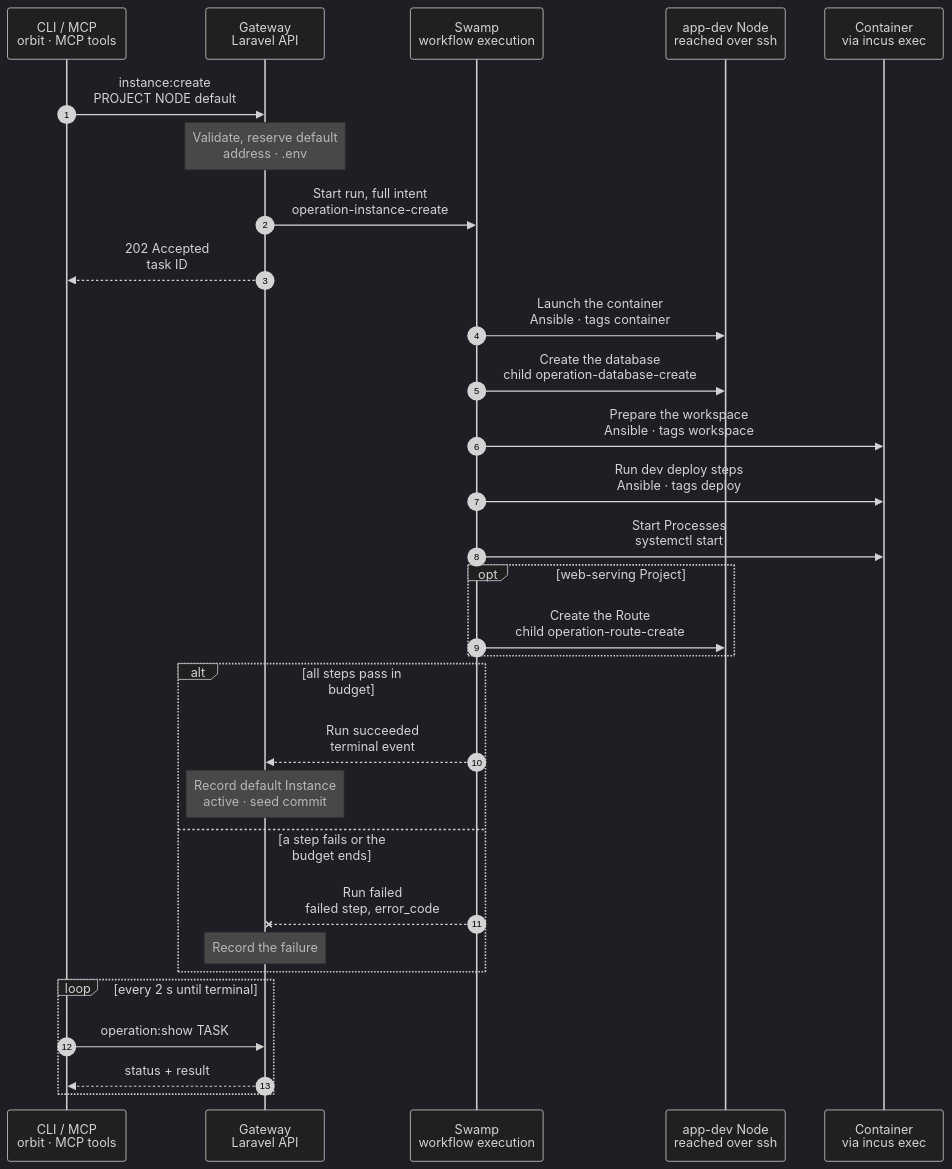
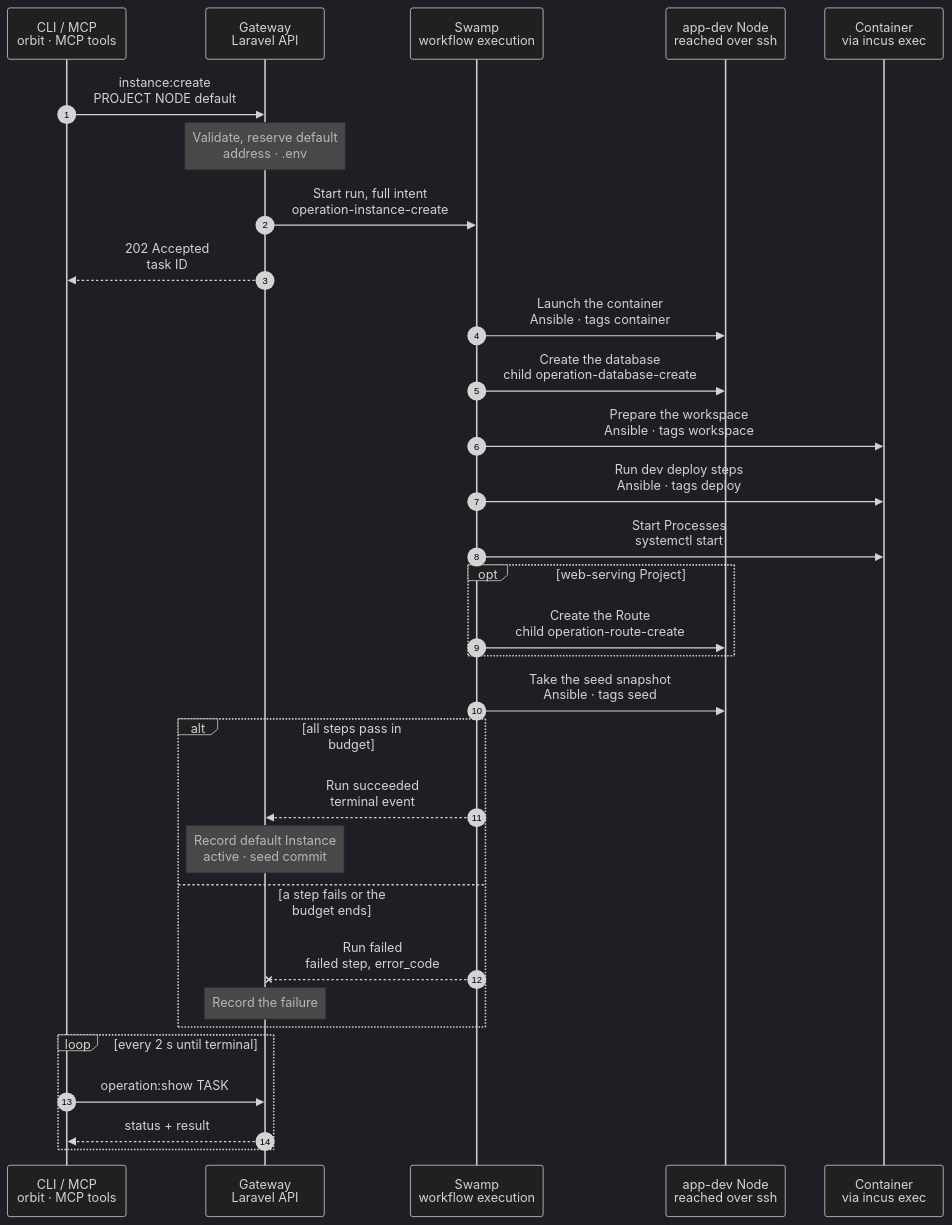
One commit to hardimpactdev/orbit changed the diagram in docs/cli/instance/container/create-default.mmd. Above: the diagram before and after it, drawn with Mermaid (dark theme). The commit also changed 9 other files, not shown here.

First line of the commit message:
docs: specify the first default Instance in a container and its deployments (PR 4)

```diff
--- a/docs/cli/instance/container/create-default.mmd
+++ b/docs/cli/instance/container/create-default.mmd
@@ -1,66 +1,69 @@
 sequenceDiagram
   %% Target design, container runtime (ADR 0250 step 3, docs/reference/development-containers.md#the-default-instance): the Project's first default Instance on an app-dev Node, the only Instance built from scratch. It runs no T3; it is the clone source of the Project's other Instances. When the charts move into place, this becomes the first-default branch of container/create.mmd.
   %% status: draft
   %% command: instance:create PROJECT NODE default
   %% kind: instance.create
   autonumber
   %% lane CLI icon=terminal pill=caller tone=gray
   %% lane GW icon=gateway pill=intent tone=blue
   %% lane SW icon=workflow pill=executes tone=green
   %% lane N icon=server pill=target tone=amber
   %% lane C icon=server pill=target tone=purple
   participant CLI as CLI / MCP<br/>orbit · MCP tools
   participant GW as Gateway<br/>Laravel API
   participant SW as Swamp<br/>workflow execution
   participant N as app-dev Node<br/>reached over ssh
   participant C as Container<br/>via incus exec
   CLI->>GW: instance:create<br/>PROJECT NODE default
   %%> Command:
   %%> - `orbit instance:create PROJECT NODE default`
   %%> - a name equal to the Project's default branch also creates the `default` Instance
   Note over GW: Validate, reserve default<br/>address · .env
   %%> Requirements:
   %%> - the calling Node has node access to the target Node, an active `app-dev` Node
   %%> - the Project has no default Instance on the Node
   %%> Result:
   %%> - the default Instance is reserved with its runtime record and Route; it gets no T3 port
   %%> - `.env` is rendered from the Project's env template; a repository read token goes to the vault
   GW->>SW: Start run, full intent<br/>operation-instance-create
   GW-->>CLI: 202 Accepted<br/>task ID
   SW->>N: Launch the container<br/>Ansible · tags container
   %%> What it does:
   %%> - `incus launch` from the Node's image, with the bridge address, `security.port_isolation`, the limits and the idmapped mount of `/opt/orbit-runtime`
   %%> - the agent folder is mounted too, so its clones have it; nothing in the default runs from it
   %%> - fetches the default branch on the Node with the read token; the token stays on the Node
   SW->>N: Create the database<br/>child operation-database-create
   %%> What it does:
   %%> - the database family creates the owner and the database on the Project's database server, on this Node or another
   SW->>C: Prepare the workspace<br/>Ansible · tags workspace
   %%> What it does:
   %%> - pushes the default branch in and checks it out in `/srv/workspace`, with the group, setgid bits and default ACLs
   %%> - writes `.env` for `orbit` with group `work`; writes no `/etc/orbit/instance`, so T3 never starts here
   SW->>C: Run dev deploy steps<br/>Ansible · tags deploy
   %%> What it does:
   %%> - the Project's development deploy steps, as `orbit`, in list order: they install dependencies and migrate
   %%> - the runtime folder supplies `php`, `composer`, Node and Bun; dependency downloads use the container egress model
   SW->>C: Start Processes<br/>systemctl start
   %%> What it does:
   %%> - FrankenPHP and the Project's other development Processes start as `orbit` units
   opt web-serving Project
     SW->>N: Create the Route<br/>child operation-route-create
   end
+  SW->>N: Take the seed snapshot<br/>Ansible · tags seed
+  %%> What it does:
+  %%> - stops the Processes for a moment and snapshots the container as `seed-<commit>`, which clones copy
   alt all steps pass in budget
     SW-->>GW: Run succeeded<br/>terminal event
     Note over GW: Record default Instance<br/>active · seed commit
     %%> Result:
-    %%> - the default Instance is active; its first `seed-<commit>` snapshot, taken with the Processes stopped for a moment, is what clones copy
+    %%> - the default Instance is active and its container runs; the runtime records the seed commit
   else a step fails or the budget ends
     SW--xGW: Run failed<br/>failed step, error_code
     %%> What stays:
     %%> - the stopped container and its database, marked failed; the same command resumes, `instance:destroy` removes them
     Note over GW: Record the failure
   end
   loop every 2 s until terminal
     CLI->>GW: operation:show TASK
     GW-->>CLI: status + result
   end
```
